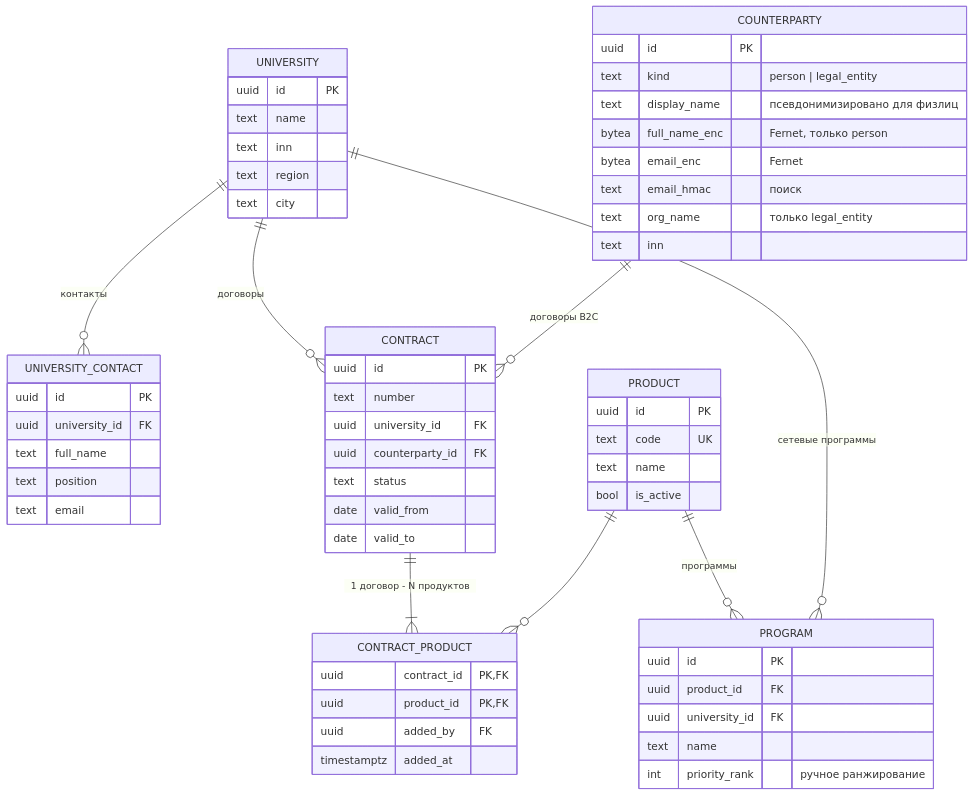
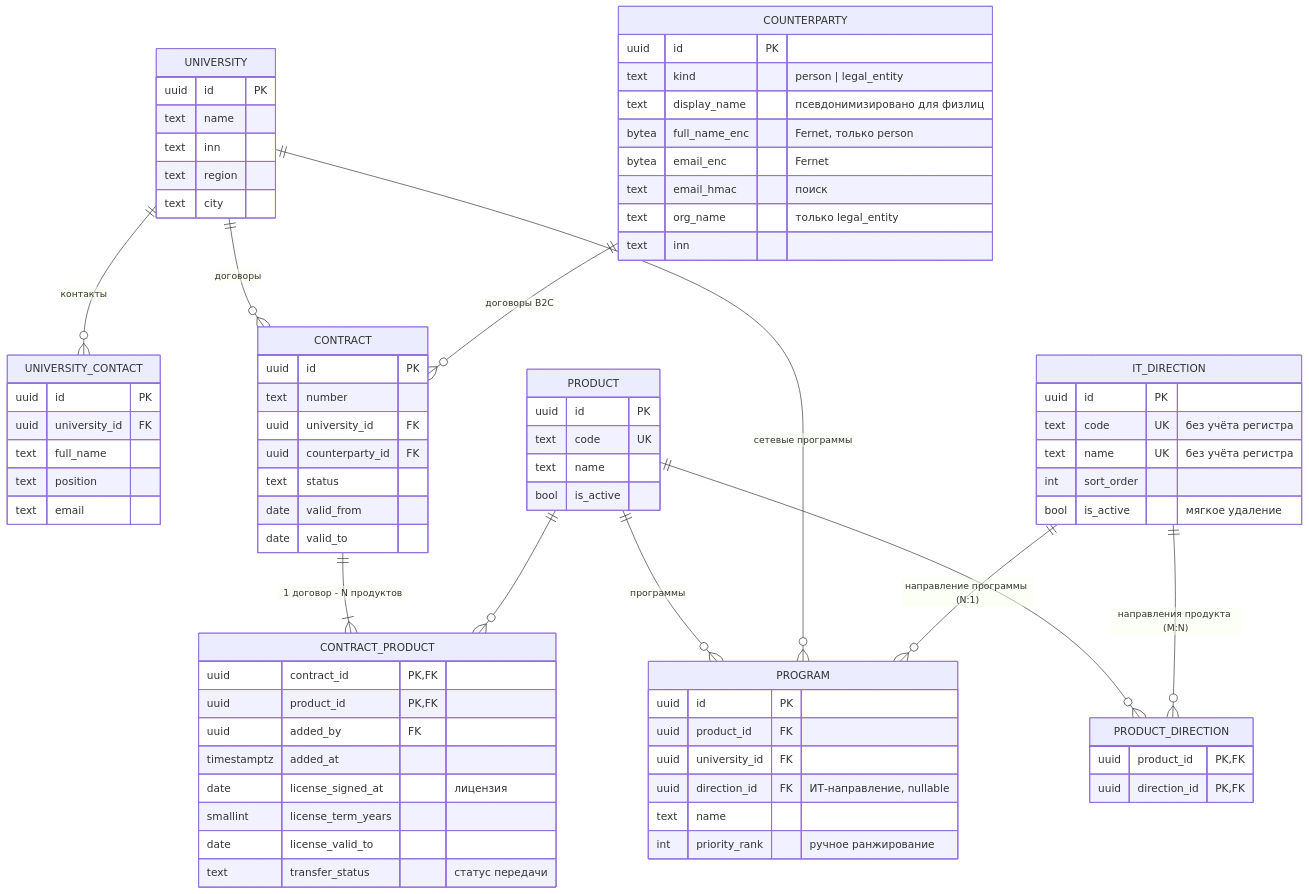
The first of 8 diagrams in docs/design/data-model.md (ilya2108/Collabse-LCT-Alma), drawn with Mermaid before and after one commit. The commit also changed other lines of this file and 25 other files, not shown here.

````diff
--- a/docs/design/data-model.md
+++ b/docs/design/data-model.md
@@ -49,63 +51,82 @@
 ```mermaid
 erDiagram
     UNIVERSITY ||--o{ UNIVERSITY_CONTACT : "контакты"
     UNIVERSITY ||--o{ CONTRACT : "договоры"
     COUNTERPARTY ||--o{ CONTRACT : "договоры B2C"
     CONTRACT ||--|{ CONTRACT_PRODUCT : "1 договор - N продуктов"
     PRODUCT ||--o{ CONTRACT_PRODUCT : ""
     PRODUCT ||--o{ PROGRAM : "программы"
     UNIVERSITY ||--o{ PROGRAM : "сетевые программы"
+    IT_DIRECTION ||--o{ PROGRAM : "направление программы (N:1)"
+    PRODUCT ||--o{ PRODUCT_DIRECTION : ""
+    IT_DIRECTION ||--o{ PRODUCT_DIRECTION : "направления продукта (M:N)"
 
     UNIVERSITY {
         uuid id PK
         text name
         text inn
         text region
         text city
     }
     UNIVERSITY_CONTACT {
         uuid id PK
         uuid university_id FK
         text full_name
         text position
         text email
     }
     COUNTERPARTY {
         uuid id PK
         text kind "person | legal_entity"
         text display_name "псевдонимизировано для физлиц"
         bytea full_name_enc "Fernet, только person"
         bytea email_enc "Fernet"
         text email_hmac "поиск"
         text org_name "только legal_entity"
         text inn
     }
     PRODUCT {
         uuid id PK
         text code UK
         text name
         bool is_active
     }
     PROGRAM {
         uuid id PK
         uuid product_id FK
         uuid university_id FK
+        uuid direction_id FK "ИТ-направление, nullable"
         text name
         int priority_rank "ручное ранжирование"
+    }
+    IT_DIRECTION {
+        uuid id PK
+        text code UK "без учёта регистра"
+        text name UK "без учёта регистра"
+        int sort_order
+        bool is_active "мягкое удаление"
+    }
+    PRODUCT_DIRECTION {
+        uuid product_id PK, FK
+        uuid direction_id PK, FK
     }
     CONTRACT {
         uuid id PK
         text number
         uuid university_id FK
         uuid counterparty_id FK
         text status
         date valid_from
         date valid_to
     }
     CONTRACT_PRODUCT {
         uuid contract_id PK, FK
         uuid product_id PK, FK
         uuid added_by FK
         timestamptz added_at
+        date license_signed_at "лицензия"
+        smallint license_term_years
+        date license_valid_to
+        text transfer_status "статус передачи"
     }
 ```
````
